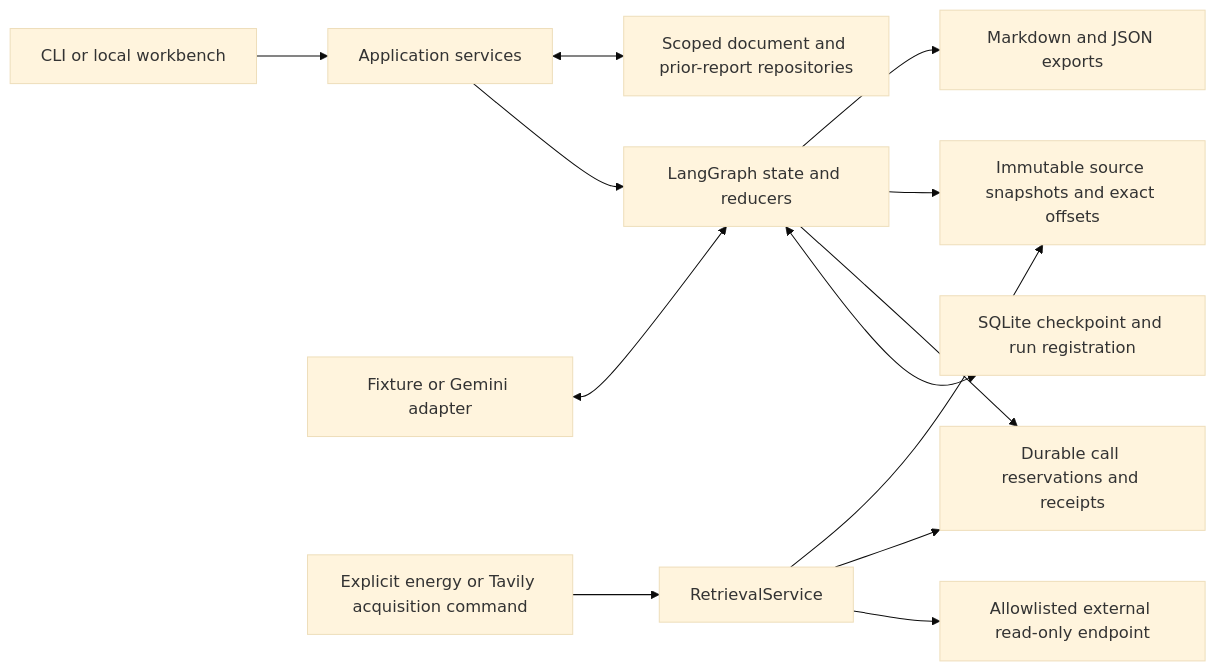
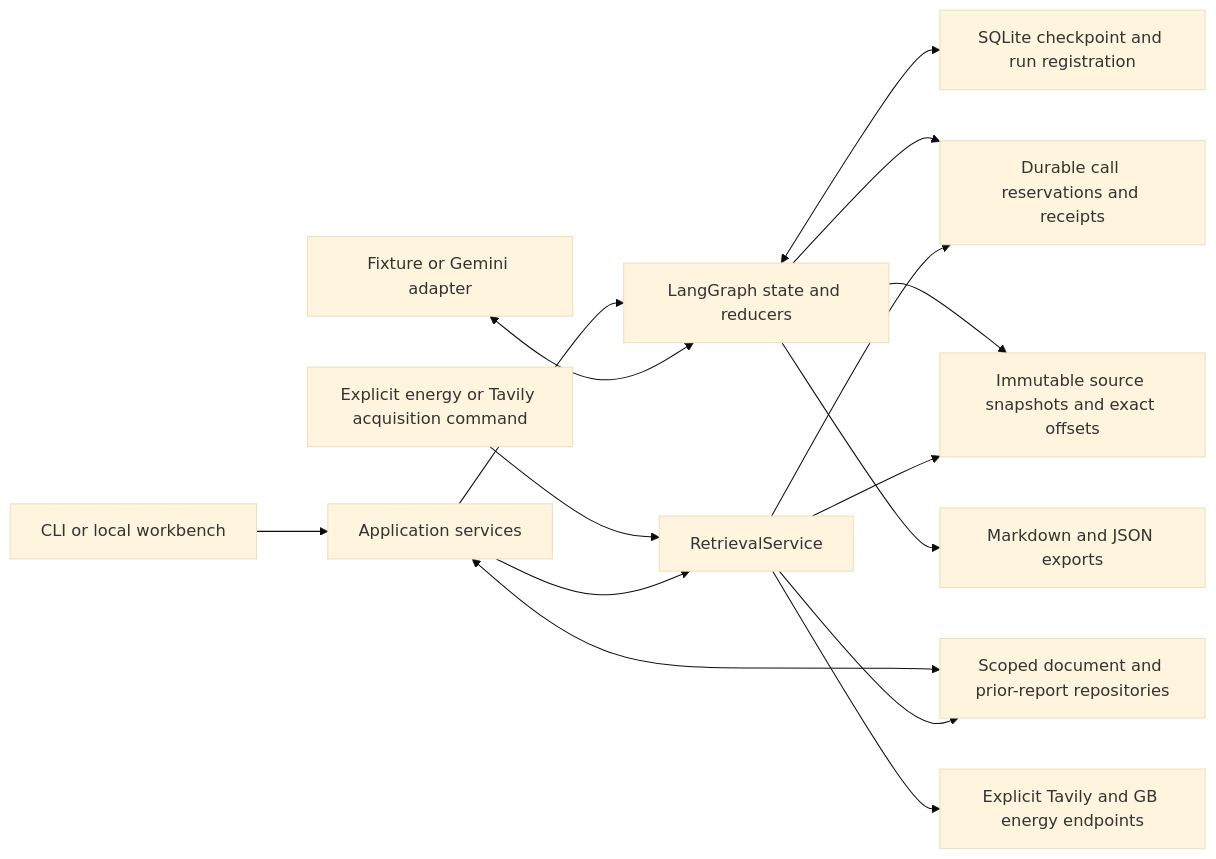
The second of 2 diagrams in docs/submission/ARCHITECTURE.md (cakhiltej9001-source/evidenceforge-ai), drawn with Mermaid (base theme) before and after one commit. The commit also changed other lines of this file and 26 other files, not shown here.

````diff
--- a/docs/submission/ARCHITECTURE.md
+++ b/docs/submission/ARCHITECTURE.md
@@ -45,15 +45,17 @@
 ```mermaid
 flowchart LR
   ENTRY[CLI or local workbench] --> APP[Application services]
   APP --> GRAPH[LangGraph state and reducers]
   GRAPH <--> CHECKPOINT[SQLite checkpoint and run registration]
   APP <--> DOC[Scoped document and prior-report repositories]
   GRAPH --> LEDGER[Durable call reservations and receipts]
   GRAPH --> SNAPSHOT[Immutable source snapshots and exact offsets]
   GRAPH --> EXPORT[Markdown and JSON exports]
   MODEL[Fixture or Gemini adapter] <--> GRAPH
   ACQUIRE[Explicit energy or Tavily acquisition command] --> RETRIEVAL[RetrievalService]
-  RETRIEVAL --> API[Allowlisted external read-only endpoint]
+  APP --> RETRIEVAL
+  RETRIEVAL --> API[Explicit Tavily and GB energy endpoints]
+  RETRIEVAL --> DOC
   RETRIEVAL --> LEDGER
   RETRIEVAL --> SNAPSHOT
 ```
````
